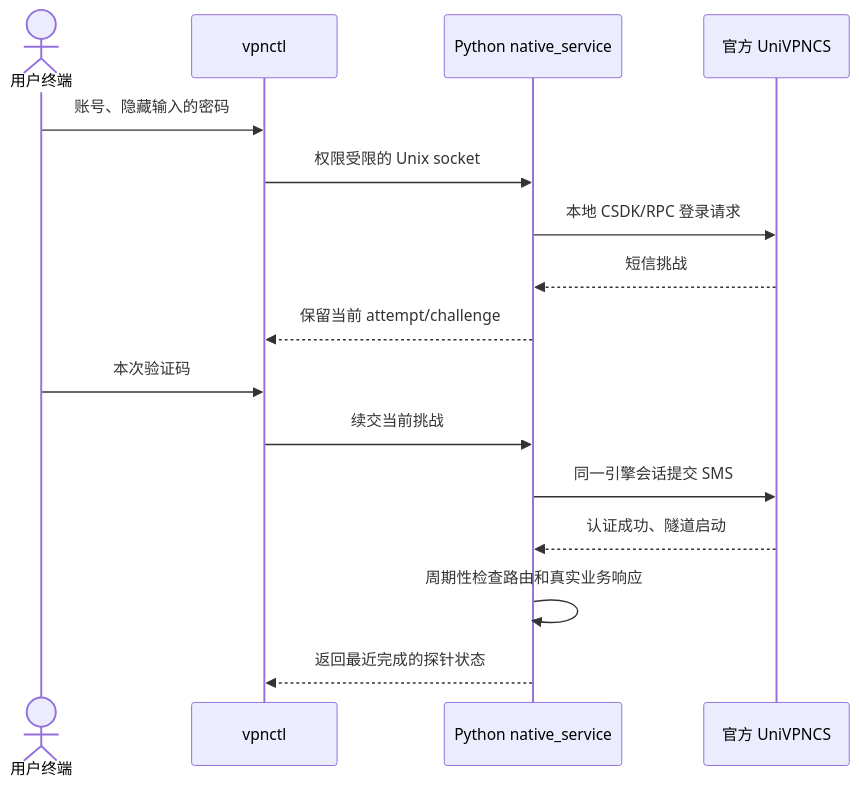
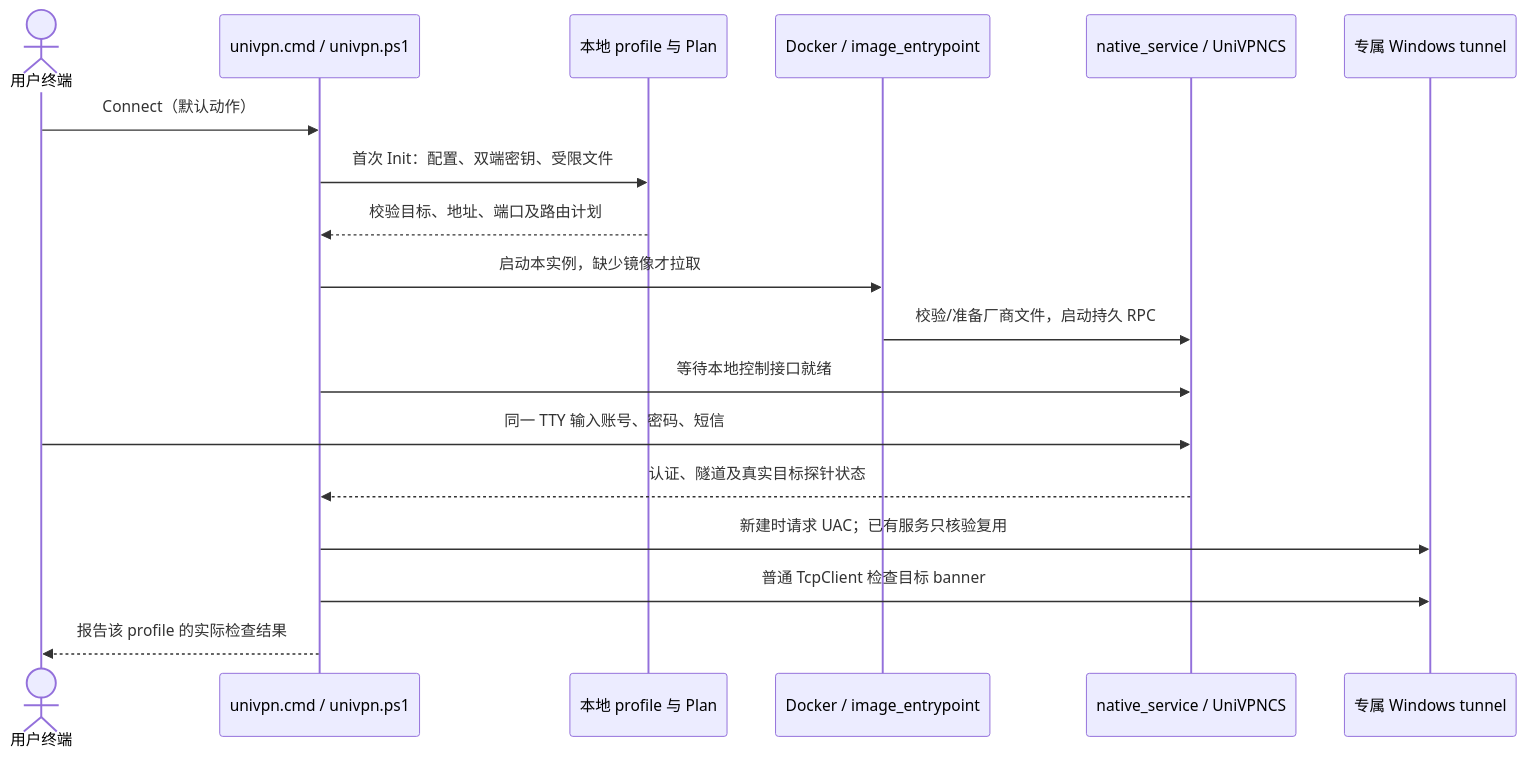
One commit to JavaZeroo/univpn-docker-gateway changed the third of 4 diagrams in docs/architecture.md. Above: the diagram before and after it, drawn with Mermaid. The commit also changed other lines of this file and 21 other files, not shown here.

Commit message:
feat: ship public image and two-command Windows setup

````diff
--- a/docs/architecture.md
+++ b/docs/architecture.md
@@ -27,18 +51,20 @@
 ```mermaid
 sequenceDiagram
     actor User as 用户终端
-    participant CLI as vpnctl
-    participant Service as Python native_service
-    participant Engine as 官方 UniVPNCS
-    User->>CLI: 账号、隐藏输入的密码
-    CLI->>Service: 权限受限的 Unix socket
-    Service->>Engine: 本地 CSDK/RPC 登录请求
-    Engine-->>Service: 短信挑战
-    Service-->>CLI: 保留当前 attempt/challenge
-    User->>CLI: 本次验证码
-    CLI->>Service: 续交当前挑战
-    Service->>Engine: 同一引擎会话提交 SMS
-    Engine-->>Service: 认证成功、隧道启动
-    Service->>Service: 周期性检查路由和真实业务响应
-    Service-->>CLI: 返回最近完成的探针状态
+    participant Client as univpn.cmd / univpn.ps1
+    participant Profile as 本地 profile 与 Plan
+    participant Docker as Docker / image_entrypoint
+    participant Service as native_service / UniVPNCS
+    participant Windows as 专属 Windows tunnel
+    User->>Client: Connect（默认动作）
+    Client->>Profile: 首次 Init：配置、双端密钥、受限文件
+    Profile-->>Client: 校验目标、地址、端口及路由计划
+    Client->>Docker: 启动本实例，缺少镜像才拉取
+    Docker->>Service: 校验/准备厂商文件，启动持久 RPC
+    Client->>Service: 等待本地控制接口就绪
+    User->>Service: 同一 TTY 输入账号、密码、短信
+    Service-->>Client: 认证、隧道及真实目标探针状态
+    Client->>Windows: 新建时请求 UAC；已有服务只核验复用
+    Client->>Windows: 普通 TcpClient 检查目标 banner
+    Client-->>User: 报告该 profile 的实际检查结果
 ```
````
